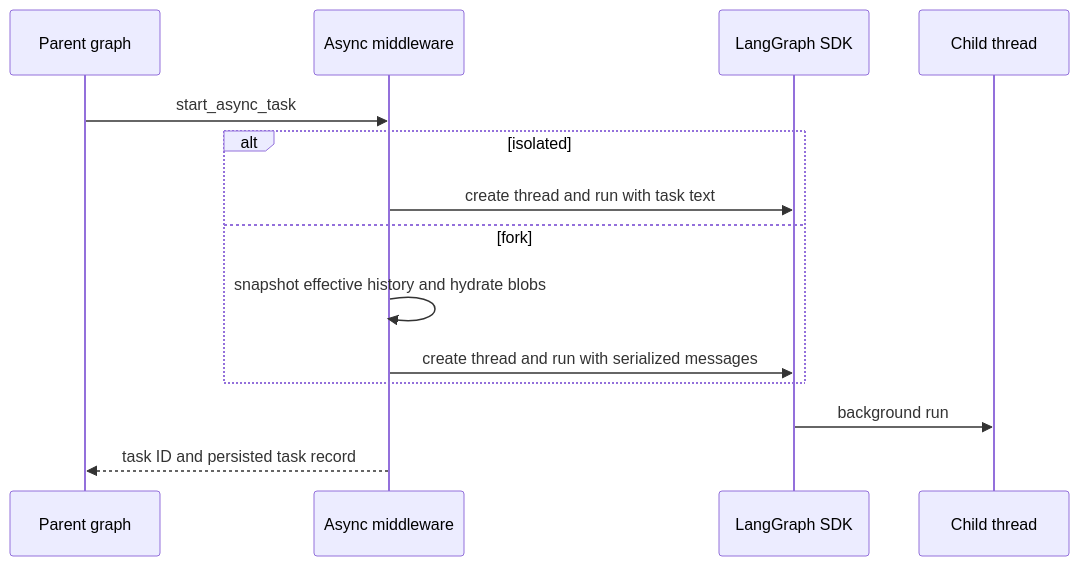
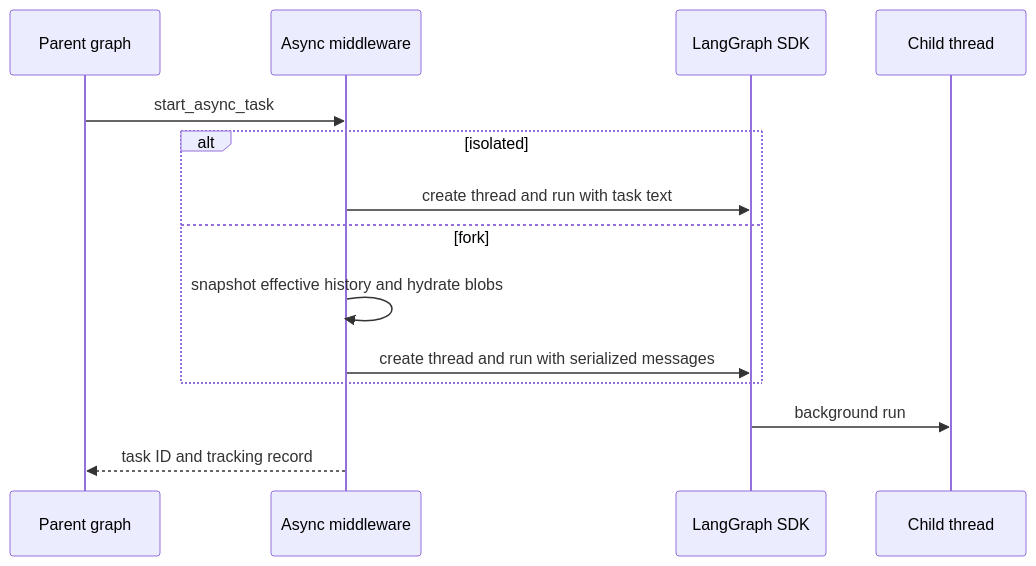
The second of 4 diagrams in openwiki/architecture/runtime-behavior.md (langchain-ai/deepagents), drawn with Mermaid before and after one commit. The commit also changed other lines of this file and 35 other files, not shown here.

````diff
--- a/openwiki/architecture/runtime-behavior.md
+++ b/openwiki/architecture/runtime-behavior.md
@@ -79,16 +75,16 @@
 ```mermaid
 sequenceDiagram
     participant Parent as Parent graph
     participant Middleware as Async middleware
     participant SDK as LangGraph SDK
     participant Child as Child thread
     Parent->>Middleware: start_async_task
     alt isolated
         Middleware->>SDK: create thread and run with task text
     else fork
         Middleware->>Middleware: snapshot effective history and hydrate blobs
         Middleware->>SDK: create thread and run with serialized messages
     end
     SDK->>Child: background run
-    Middleware-->>Parent: task ID and persisted task record
+    Middleware-->>Parent: task ID and tracking record
 ```
````
